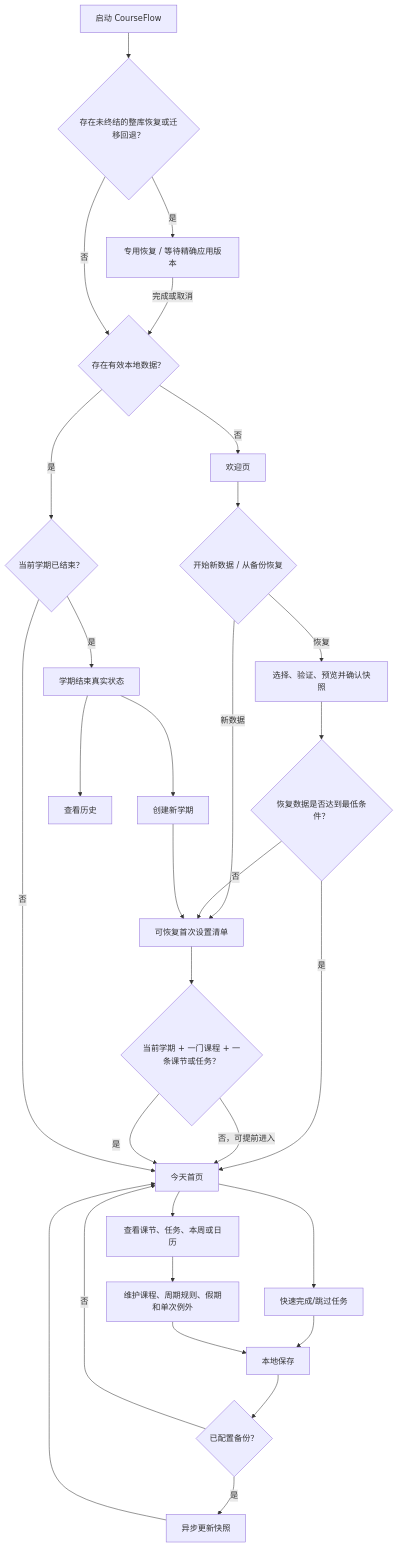
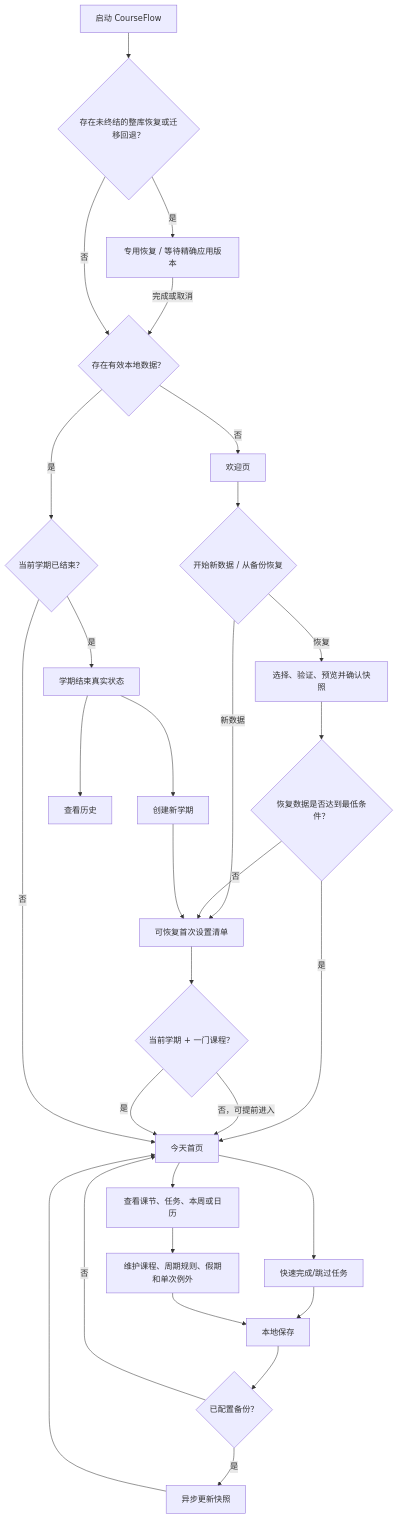
One commit to siruimei07/Course-Flow changed the diagram in docs/superpowers/specs/2026-08-17-user-flow-design.md. Above: the diagram before and after it, drawn with Mermaid. The commit also changed other lines of this file and 10 other files, not shown here.

Commit message:
docs: redesign course task grade flows

````diff
--- a/docs/superpowers/specs/2026-08-17-user-flow-design.md
+++ b/docs/superpowers/specs/2026-08-17-user-flow-design.md
@@ -59,32 +61,32 @@
 ```mermaid
 flowchart TD
     A["启动 CourseFlow"] --> A1{"存在未终结的整库恢复或迁移回退？"}
     A1 -- "是" --> A2["专用恢复 / 等待精确应用版本"]
     A2 -- "完成或取消" --> B{"存在有效本地数据？"}
     A1 -- "否" --> B
     B -- "否" --> C["欢迎页"]
     C --> D{"开始新数据 / 从备份恢复"}
     D -- "新数据" --> E["可恢复首次设置清单"]
     D -- "恢复" --> F["选择、验证、预览并确认快照"]
     F --> G{"恢复数据是否达到最低条件？"}
     G -- "否" --> E
     G -- "是" --> H["今天首页"]
-    E --> I{"当前学期 + 一门课程 + 一条课节或任务？"}
+    E --> I{"当前学期 + 一门课程？"}
     I -- "否，可提前进入" --> H
     I -- "是" --> H
     H --> J["快速完成/跳过任务"]
     H --> K["查看课节、任务、本周或日历"]
     K --> L["维护课程、周期规则、假期和单次例外"]
     J --> M["本地保存"]
     L --> M
     M --> N{"已配置备份？"}
     N -- "是" --> O["异步更新快照"]
     N -- "否" --> H
     O --> H
     B -- "是" --> P{"当前学期已结束？"}
     P -- "否" --> H
     P -- "是" --> Q["学期结束真实状态"]
     Q --> R["查看历史"]
     Q --> S["创建新学期"]
     S --> E
 ```
````
